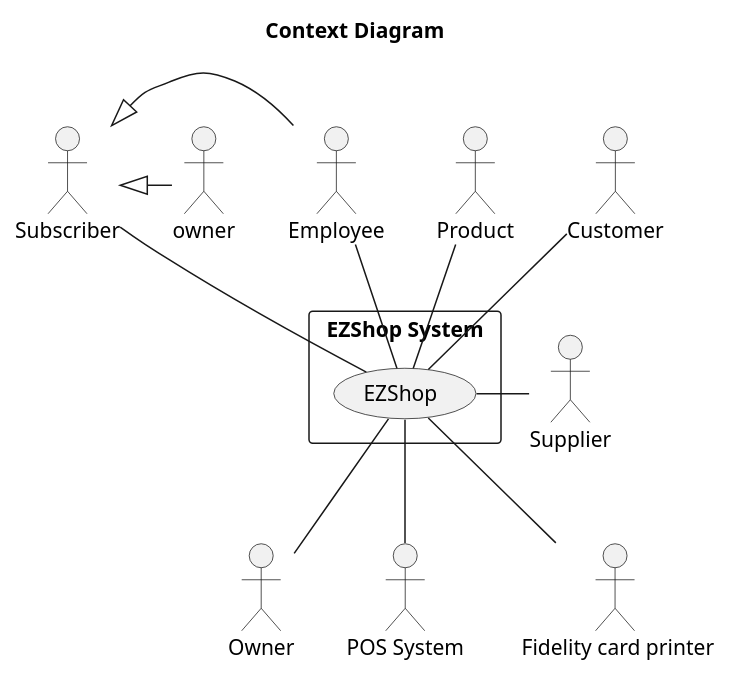
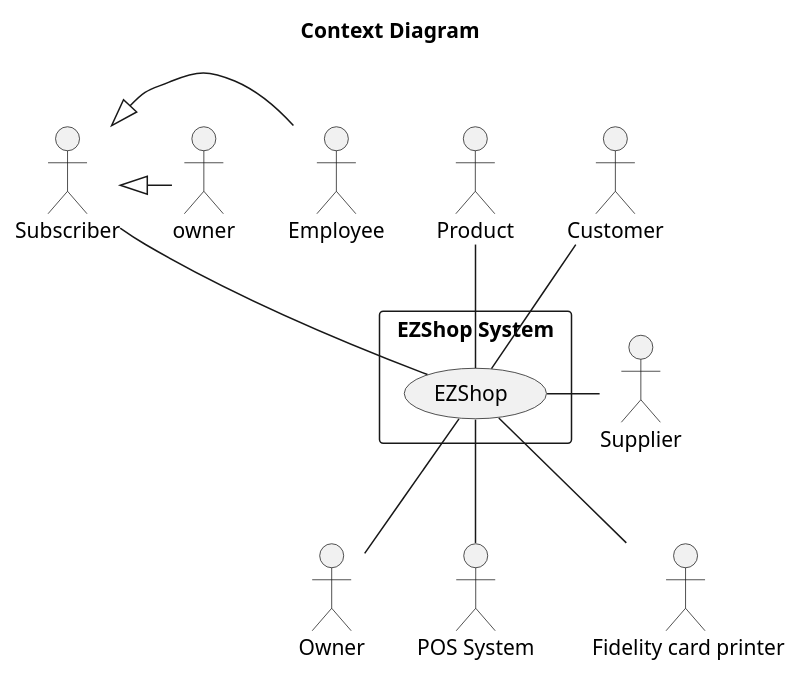
Before and after one commit to nicolabattaglino/ezshop: the first of 4 diagrams in Deliverables/RequirementsDocument.md, drawn with PlantUML.

````diff
--- a/Deliverables/RequirementsDocument.md
+++ b/Deliverables/RequirementsDocument.md
@@ -51,32 +51,31 @@
 ```plantuml
 @startuml
 
 
 title Context Diagram
 
 
 actor Owner
 actor Product
 actor Subscriber
 actor Employee
 actor :POS System: as POSSystem
 actor :Supplier: as supplier
 actor : Fidelity card printer: as fcPrinter
 rectangle "EZShop System" as EZShopSystem{
 (EZShop)
 }
 Subscriber <|- Employee
 Subscriber <|-owner
 Customer -- EZShop
 Product -- EZShop
 EZShop -- Owner
-Employee - EZShop
 EZShop -- POSSystem
 EZShop - supplier
 EZShop-- fcPrinter
 Subscriber -- EZShop
 
 
 
 @enduml
 ```
````
